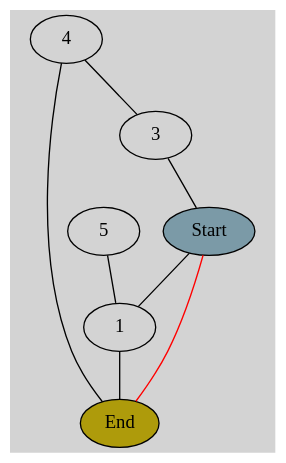
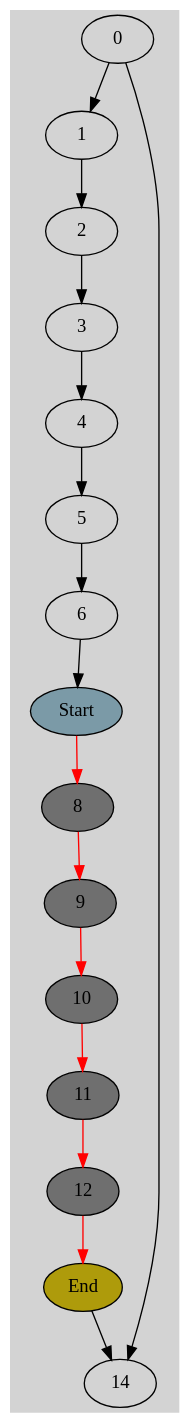
The diagram in src/g.gv (William-Thomas-Andrews/Shortest_Path_Algorithms), drawn with Graphviz before and after one commit. The commit also changed 6 other files, not shown here.

```diff
--- a/src/g.gv
+++ b/src/g.gv
@@ -1,25 +1,50 @@
-graph G {
+digraph G {
 	graph [pad="0.212,0.055" bgcolor=lightgray]
 	node [style=filled]
-	1 [label="1", pos="-300,-200!"]
-	0 [label="End", fillcolor="#ae9b0bff"pos="-100,-700!"]
-	1 -- 0 [dir=none color="black"]
-	2 [label="Start", fillcolor="#7b9aa7ff"pos="0,0!"]
-	1 [label="1", pos="-300,-200!"]
-	2 -- 1 [dir=none color="black"]
-	3 [label="3", pos="400,100!"]
-	2 [label="Start", fillcolor="#7b9aa7ff"pos="0,0!"]
-	3 -- 2 [dir=none color="black"]
-	4 [label="4", pos="300,-300!"]
-	3 [label="3", pos="400,100!"]
-	4 -- 3 [dir=none color="black"]
-	4 [label="4", pos="300,-300!"]
-	0 [label="End", fillcolor="#ae9b0bff"pos="-100,-700!"]
-	4 -- 0 [dir=none color="black"]
-	2 [label="Start", fillcolor="#7b9aa7ff"pos="0,0!"]
-	0 [label="End", fillcolor="#ae9b0bff"pos="-100,-700!"]
-	2 -- 0 [dir=none color="red"]
-	5 [label="5", pos="-2500,0!"]
-	1 [label="1", pos="-300,-200!"]
-	5 -- 1 [dir=none color="black"]
+	splines=true
+	0 [label="0", pos="0,0!"]
+	1 [label="1", pos="100,-100!"]
+	0 -> 1 [color="black"]
+	1 [label="1", pos="100,-100!"]
+	2 [label="2", pos="200,-200!"]
+	1 -> 2 [color="black"]
+	2 [label="2", pos="200,-200!"]
+	3 [label="3", pos="300,-300!"]
+	2 -> 3 [color="black"]
+	3 [label="3", pos="300,-300!"]
+	4 [label="4", pos="400,-400!"]
+	3 -> 4 [color="black"]
+	4 [label="4", pos="400,-400!"]
+	5 [label="5", pos="500,-500!"]
+	4 -> 5 [color="black"]
+	5 [label="5", pos="500,-500!"]
+	6 [label="6", pos="600,-600!"]
+	5 -> 6 [color="black"]
+	6 [label="6", pos="600,-600!"]
+	7 [label="Start", fillcolor="#7b9aa7ff"pos="700,-700!"]
+	6 -> 7 [color="black"]
+	7 [label="Start", fillcolor="#7b9aa7ff"pos="700,-700!"]
+	8 [label="8", fillcolor="#6f6f6fff"pos="800,-800!"]
+	7 -> 8 [color="red"]
+	8 [label="8", fillcolor="#6f6f6fff"pos="800,-800!"]
+	9 [label="9", fillcolor="#6f6f6fff"pos="900,-900!"]
+	8 -> 9 [color="red"]
+	9 [label="9", fillcolor="#6f6f6fff"pos="900,-900!"]
+	10 [label="10", fillcolor="#6f6f6fff"pos="1000,-1000!"]
+	9 -> 10 [color="red"]
+	10 [label="10", fillcolor="#6f6f6fff"pos="1000,-1000!"]
+	11 [label="11", fillcolor="#6f6f6fff"pos="1100,-1100!"]
+	10 -> 11 [color="red"]
+	11 [label="11", fillcolor="#6f6f6fff"pos="1100,-1100!"]
+	12 [label="12", fillcolor="#6f6f6fff"pos="1200,-1200!"]
+	11 -> 12 [color="red"]
+	12 [label="12", fillcolor="#6f6f6fff"pos="1200,-1200!"]
+	13 [label="End", fillcolor="#ae9b0bff"pos="1300,-1300!"]
+	12 -> 13 [color="red"]
+	13 [label="End", fillcolor="#ae9b0bff"pos="1300,-1300!"]
+	14 [label="14", pos="1400,-1400!"]
+	13 -> 14 [color="black"]
+	0 [label="0", pos="0,0!"]
+	14 [label="14", pos="1400,-1400!"]
+	0 -> 14 [color="black"]
 }
```
